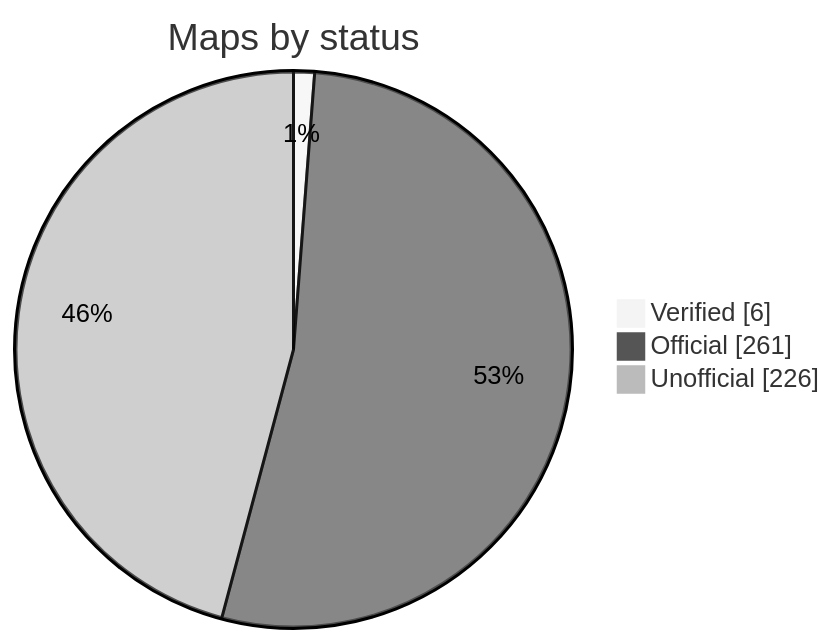
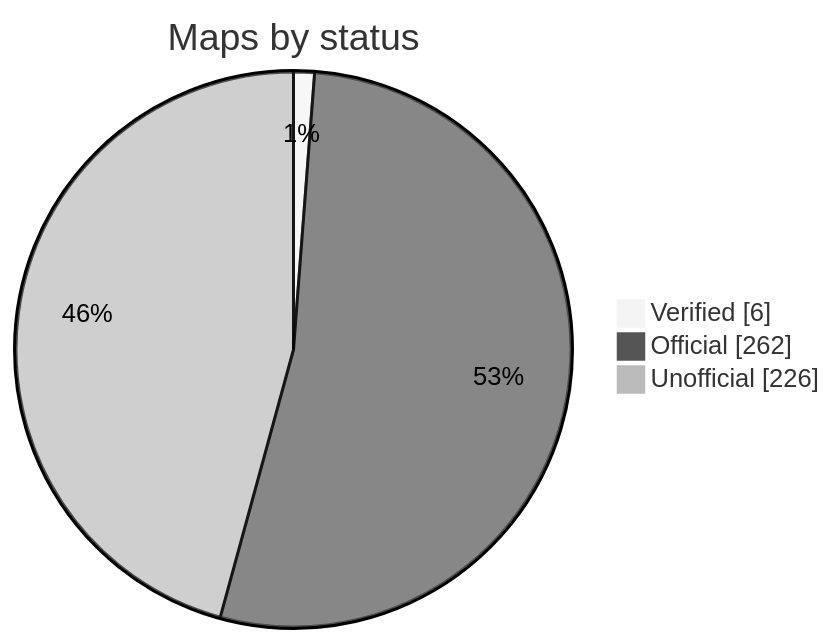
The diagram in README.md (nobrega8/mbmap-library), drawn with Mermaid (neutral theme) before and after one commit. The commit also changed 2 other files, not shown here.

Commit message:
Add the Zhongsheng ZTS-3000 analog I/O map (#72)

````diff
--- a/README.md
+++ b/README.md
@@ -48,7 +48,7 @@
 ```mermaid
 pie showData
     title Maps by status
     "Verified" : 6
-    "Official" : 261
+    "Official" : 262
     "Unofficial" : 226
 ```
````
